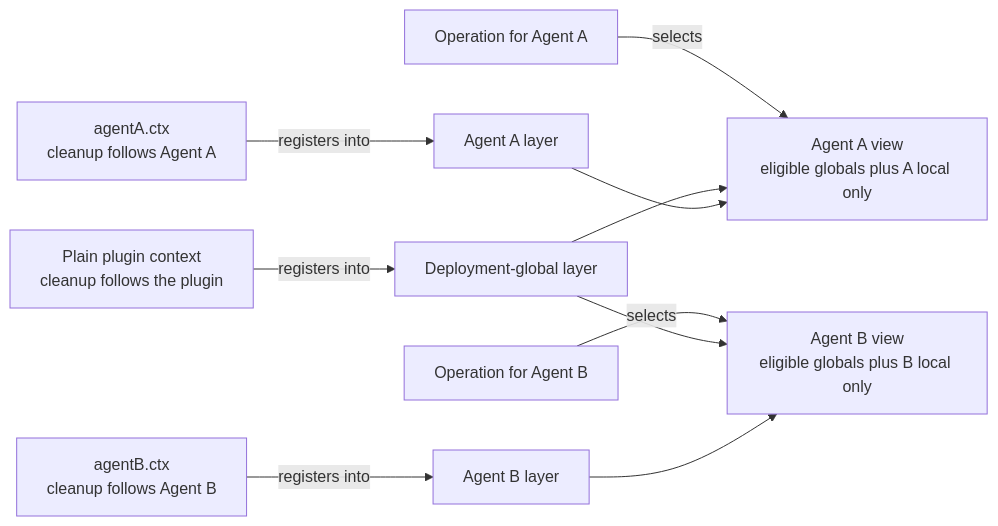
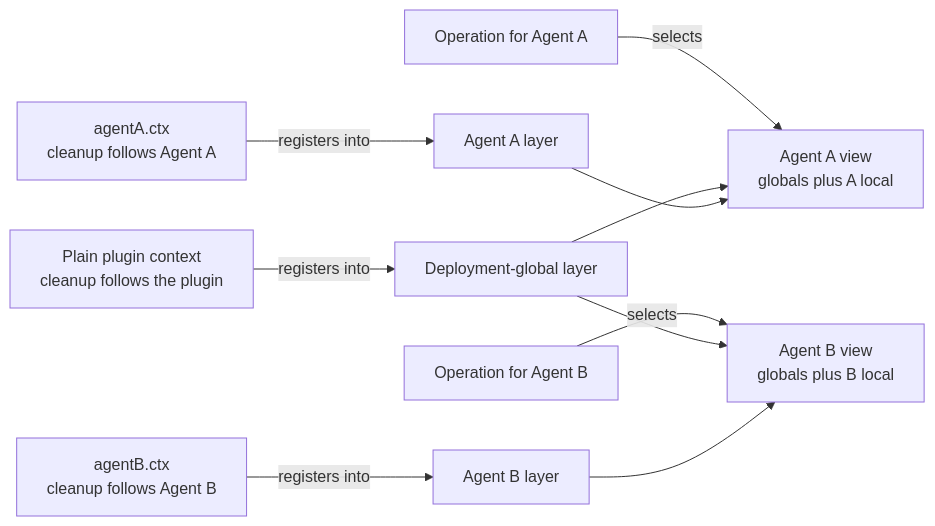
Before and after one commit to 007M7/DeepCode: the first of 2 diagrams in docs/rfc/implemented/architecture/2026-07-08-agent-scope-contexts.md, drawn with Mermaid. The commit also changed other lines of this file and 36 other files, not shown here.

````diff
--- a/docs/rfc/implemented/architecture/2026-07-08-agent-scope-contexts.md
+++ b/docs/rfc/implemented/architecture/2026-07-08-agent-scope-contexts.md
@@ -32,13 +30,13 @@
 ```mermaid
 flowchart LR
   plain["Plain plugin context<br/>cleanup follows the plugin"] -->|"registers into"| globalLayer["Deployment-global layer"]
   agentAContext["agentA.ctx<br/>cleanup follows Agent A"] -->|"registers into"| agentALayer["Agent A layer"]
   agentBContext["agentB.ctx<br/>cleanup follows Agent B"] -->|"registers into"| agentBLayer["Agent B layer"]
 
-  operationA["Operation for Agent A"] -->|"selects"| agentAView["Agent A view<br/>eligible globals plus A local only"]
+  operationA["Operation for Agent A"] -->|"selects"| agentAView["Agent A view<br/>globals plus A local"]
   globalLayer --> agentAView
   agentALayer --> agentAView
-  operationB["Operation for Agent B"] -->|"selects"| agentBView["Agent B view<br/>eligible globals plus B local only"]
+  operationB["Operation for Agent B"] -->|"selects"| agentBView["Agent B view<br/>globals plus B local"]
   globalLayer --> agentBView
   agentBLayer --> agentBView
 ```
````
